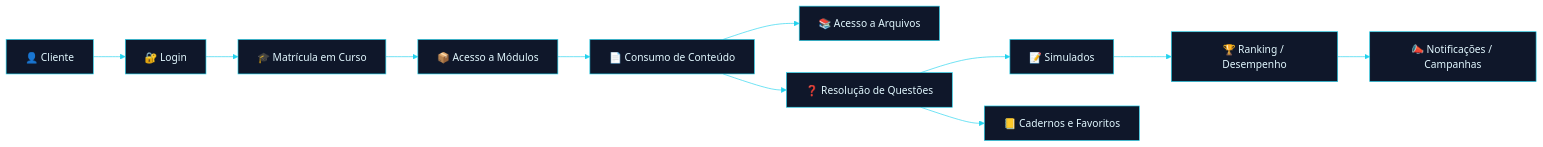
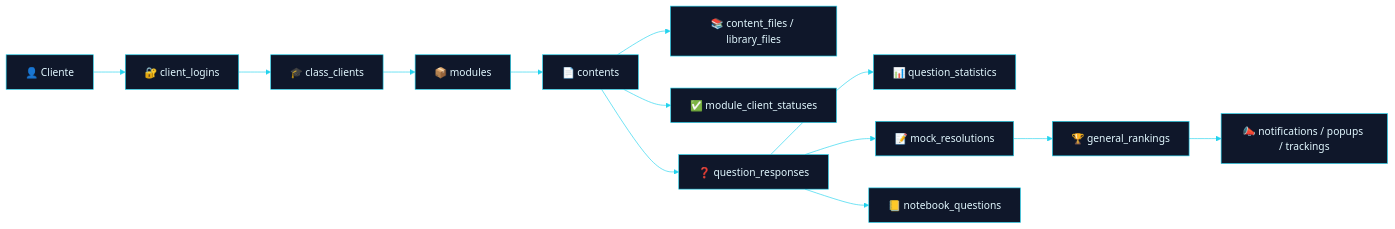
One commit to matheusdiamantino-betalent/questions-ai changed the second of 4 diagrams in Dicionario de Dados.md. Above: the diagram before and after it, drawn with Mermaid. The commit also changed other lines of this file, not shown here.

````diff
--- a/Dicionario de Dados.md
+++ b/Dicionario de Dados.md
@@ -187,25 +238,27 @@
 ```mermaid
 %%{init: {
   "theme": "base",
   "themeVariables": {
     "background": "#07111f",
     "primaryColor": "#0f172a",
     "primaryTextColor": "#e2f8ff",
     "primaryBorderColor": "#22d3ee",
     "lineColor": "#22d3ee",
     "secondaryColor": "#111827",
     "tertiaryColor": "#111827"
   }
 }}%%
 flowchart LR
-    A[👤 Cliente] --> B[🔐 Login]
-    B --> C[🎓 Matrícula em Curso]
-    C --> D[📦 Acesso a Módulos]
-    D --> E[📄 Consumo de Conteúdo]
-    E --> F[📚 Acesso a Arquivos]
-    E --> G[❓ Resolução de Questões]
-    G --> H[📝 Simulados]
-    G --> I[📒 Cadernos e Favoritos]
-    H --> J[🏆 Ranking / Desempenho]
-    J --> K[📣 Notificações / Campanhas]
+    A[👤 Cliente] --> B[🔐 client_logins]
+    B --> C[🎓 class_clients]
+    C --> D[📦 modules]
+    D --> E[📄 contents]
+    E --> F[📚 content_files / library_files]
+    E --> G[✅ module_client_statuses]
+    E --> H[❓ question_responses]
+    H --> I[📊 question_statistics]
+    H --> J[📝 mock_resolutions]
+    H --> K[📒 notebook_questions]
+    J --> L[🏆 general_rankings]
+    L --> M[📣 notifications / popups / trackings]
 ```
````
